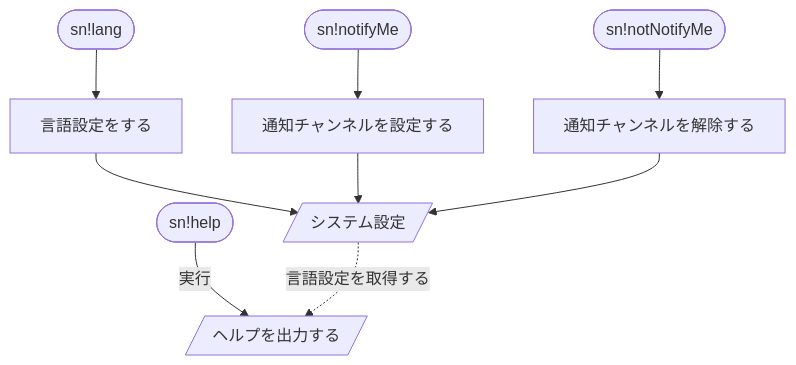
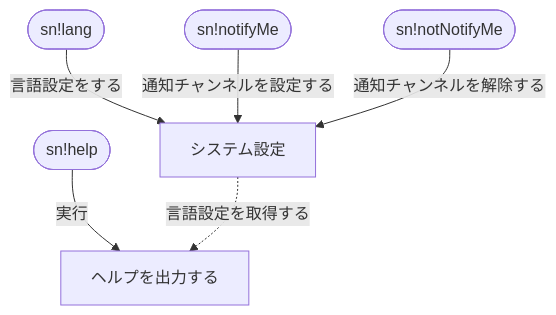
One commit to sh1Nome/stream-notifier changed the diagram in spec.md. Above: the diagram before and after it, drawn with Mermaid.

````diff
--- a/spec.md
+++ b/spec.md
@@ -22,28 +22,23 @@
 ```mermaid
 flowchart TD
     %% コマンド
     cHelp([sn!help])
     cLang([sn!lang])
     cNotifyMe([sn!notifyMe])
     cNotNotifyMe([sn!notNotifyMe])
 
     %% 出力
-    outHelp[/ヘルプを出力する/]
+    outHelp[ヘルプを出力する]
 
     %% 入力
-    setting[/システム設定/]
-
-    %% 処理
-    runLang[言語設定をする]
-    runNotifyMe[通知チャンネルを設定する]
-    runNotNotifyMe[通知チャンネルを解除する]
+    setting[システム設定]
 
     %% ノード関係
     cHelp -->|実行| outHelp
 
     setting -.->|言語設定を取得する| outHelp
 
-    cLang --> runLang --> setting
-    cNotifyMe --> runNotifyMe --> setting
-    cNotNotifyMe --> runNotNotifyMe --> setting
+    cLang -->|言語設定をする| setting
+    cNotifyMe -->|通知チャンネルを設定する| setting
+    cNotNotifyMe -->|通知チャンネルを解除する| setting
 ```
````
